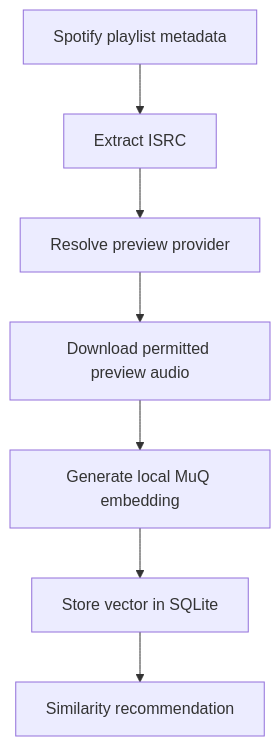
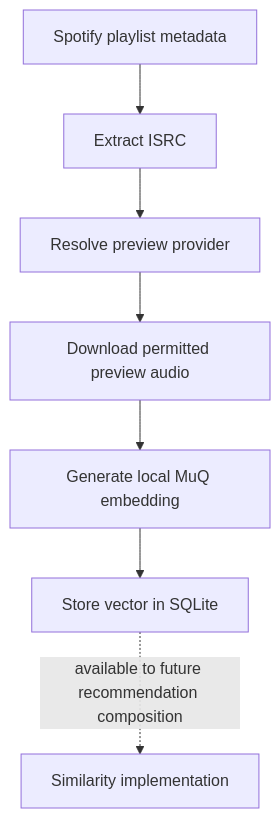
One commit to AdamPSU/agent-dj changed the diagram in wiki/concepts/provider-gated-audio-embeddings.md. Above: the diagram before and after it, drawn with Mermaid. The commit also changed other lines of this file and 19 other files, not shown here.

````diff
--- a/wiki/concepts/provider-gated-audio-embeddings.md
+++ b/wiki/concepts/provider-gated-audio-embeddings.md
@@ -12,9 +12,9 @@
 ```mermaid
 graph TD
     A["Spotify playlist metadata"] --> B["Extract ISRC"]
     B --> C["Resolve preview provider"]
     C --> D["Download permitted preview audio"]
     D --> E["Generate local MuQ embedding"]
     E --> F["Store vector in SQLite"]
-    F --> G["Similarity recommendation"]
+    F -. "available to future recommendation composition" .-> G["Similarity implementation"]
 ```
````
